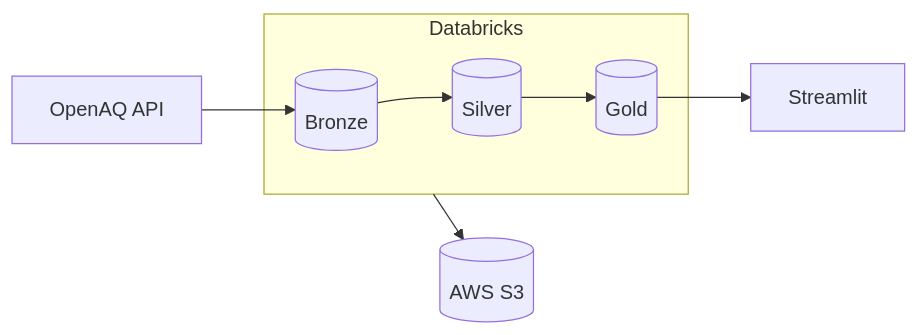
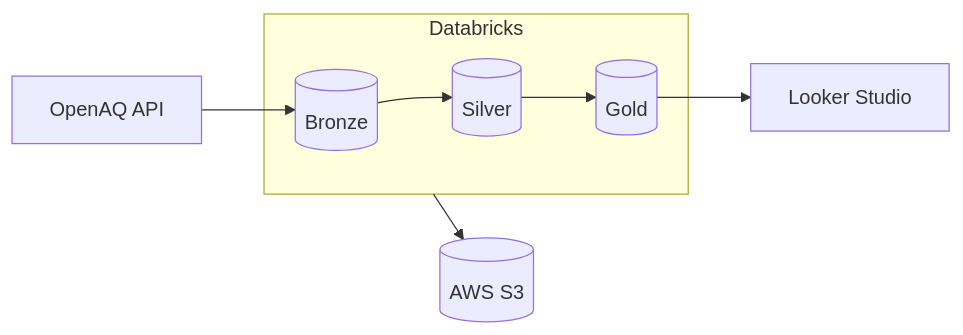
The first of 2 diagrams in README.md (aegnor8/canada-air-quality-data-platform), drawn with Mermaid before and after one commit. The commit also changed other lines of this file, not shown here.

Commit message:
Update README: sensor health marts, Looker Studio, data model

````diff
--- a/README.md
+++ b/README.md
@@ -20,9 +20,9 @@
 ```mermaid
 flowchart LR
     API[OpenAQ API] --> Bronze
     subgraph Databricks
         Bronze[(Bronze)] --> Silver[(Silver)] --> Gold[(Gold)]
     end
-    Gold --> Dashboard[Streamlit]
+    Gold --> Dashboard[Looker Studio]
     Databricks --> S3[(AWS S3)]
 ```
````
